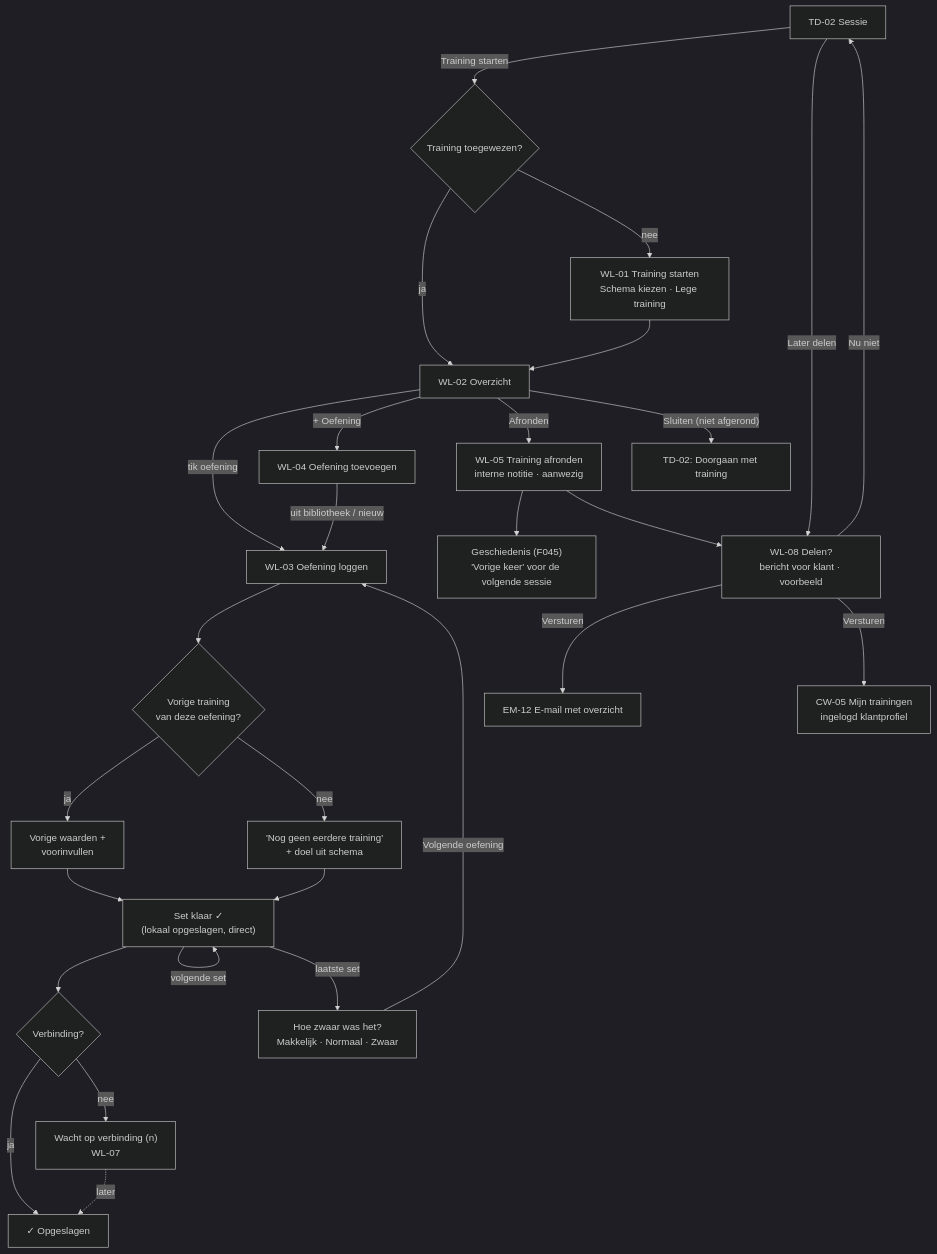
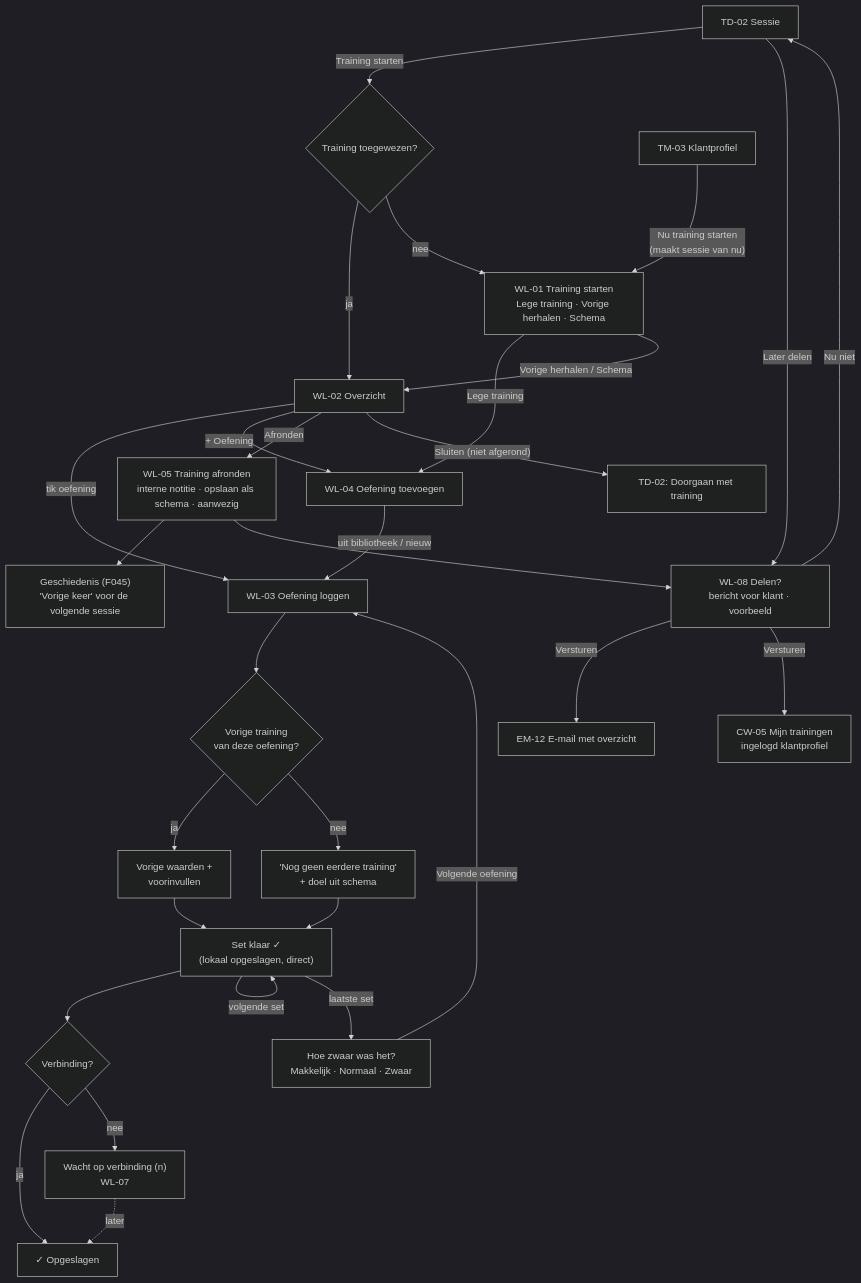
The diagram in docs/design/flows/05-live-workout-logging.md (fivvi-app/fivvi), drawn with Mermaid (dark theme) before and after one commit. The commit also changed other lines of this file and 10 other files, not shown here.

````diff
--- a/docs/design/flows/05-live-workout-logging.md
+++ b/docs/design/flows/05-live-workout-logging.md
@@ -29,29 +33,31 @@
 ```mermaid
 flowchart TD
   td02["TD-02 Sessie"] -- "Training starten" --> hasw{"Training toegewezen?"}
+  tm03["TM-03 Klantprofiel"] -- "Nu training starten<br/>(maakt sessie van nu)" --> wl01
   hasw -- "ja" --> wl02
-  hasw -- "nee" --> wl01["WL-01 Training starten<br/>Schema kiezen · Lege training"]
-  wl01 --> wl02["WL-02 Overzicht"]
+  hasw -- "nee" --> wl01["WL-01 Training starten<br/>Lege training · Vorige herhalen · Schema"]
+  wl01 -- "Lege training" --> wl04
+  wl01 -- "Vorige herhalen / Schema" --> wl02["WL-02 Overzicht"]
   wl02 -- "tik oefening" --> wl03["WL-03 Oefening loggen"]
   wl02 -- "+ Oefening" --> wl04["WL-04 Oefening toevoegen"]
   wl04 -- "uit bibliotheek / nieuw" --> wl03
   wl03 --> prev{"Vorige training<br/>van deze oefening?"}
   prev -- "ja" --> showprev["Vorige waarden +<br/>voorinvullen"]
   prev -- "nee" --> showtarget["'Nog geen eerdere training'<br/>+ doel uit schema"]
   showprev --> log["Set klaar ✓<br/>(lokaal opgeslagen, direct)"]
   showtarget --> log
   log --> sync{"Verbinding?"}
   sync -- "ja" --> synced["✓ Opgeslagen"]
   sync -- "nee" --> queued["Wacht op verbinding (n)<br/>WL-07"] -. "later" .-> synced
   log -- "volgende set" --> log
   log -- "laatste set" --> diff["Hoe zwaar was het?<br/>Makkelijk · Normaal · Zwaar"]
   diff -- "Volgende oefening" --> wl03
-  wl02 -- "Afronden" --> wl05["WL-05 Training afronden<br/>interne notitie · aanwezig"]
+  wl02 -- "Afronden" --> wl05["WL-05 Training afronden<br/>interne notitie · opslaan als schema · aanwezig"]
   wl05 --> hist["Geschiedenis (F045)<br/>'Vorige keer' voor de volgende sessie"]
   wl05 --> wl08["WL-08 Delen?<br/>bericht voor klant · voorbeeld"]
   wl08 -- "Nu niet" --> td02
   td02 -- "Later delen" --> wl08
   wl08 -- "Versturen" --> em12["EM-12 E-mail met overzicht"]
   wl08 -- "Versturen" --> cw05["CW-05 Mijn trainingen<br/>ingelogd klantprofiel"]
   wl02 -- "Sluiten (niet afgerond)" --> td02b["TD-02: Doorgaan met training"]
 ```
````
